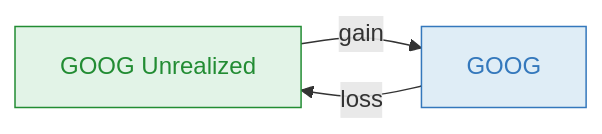
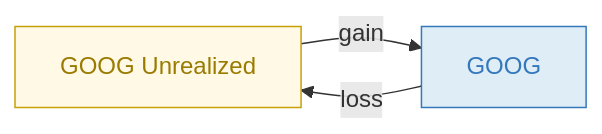
The third of 5 diagrams in portfolio-bot/README.md (bkper/bkper-apps), drawn with Mermaid before and after one commit. The commit also changed other lines of this file, not shown here.

````diff
--- a/portfolio-bot/README.md
+++ b/portfolio-bot/README.md
@@ -164,8 +180,8 @@
 ```mermaid
 flowchart LR
-    U["GOOG Unrealized"]:::incoming -- "gain" --> G["GOOG"]:::asset
+    U["GOOG Unrealized"]:::liability -- "gain" --> G["GOOG"]:::asset
     G -- "loss" --> U
 
     classDef asset fill:#dfedf6,stroke:#3478bc,color:#3478bc
-    classDef incoming fill:#e2f3e7,stroke:#228c33,color:#228c33
+    classDef liability fill:#fff9e5,stroke:#c7a008,color:#9a7b00
 ```
````
